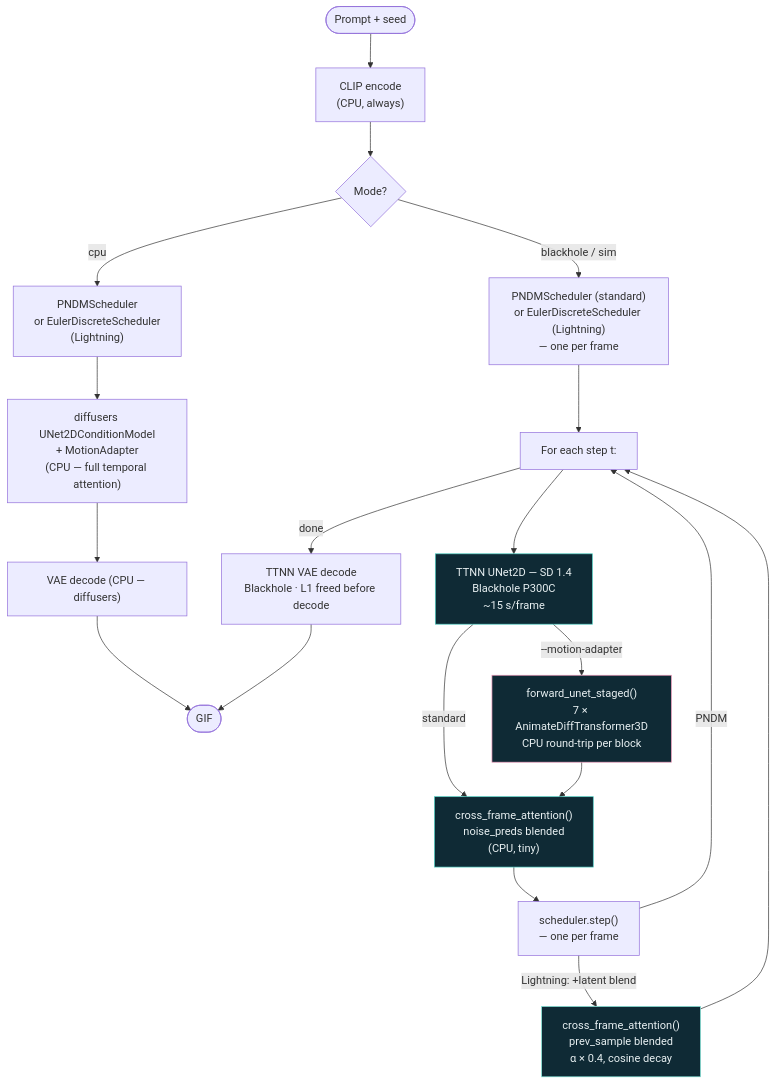
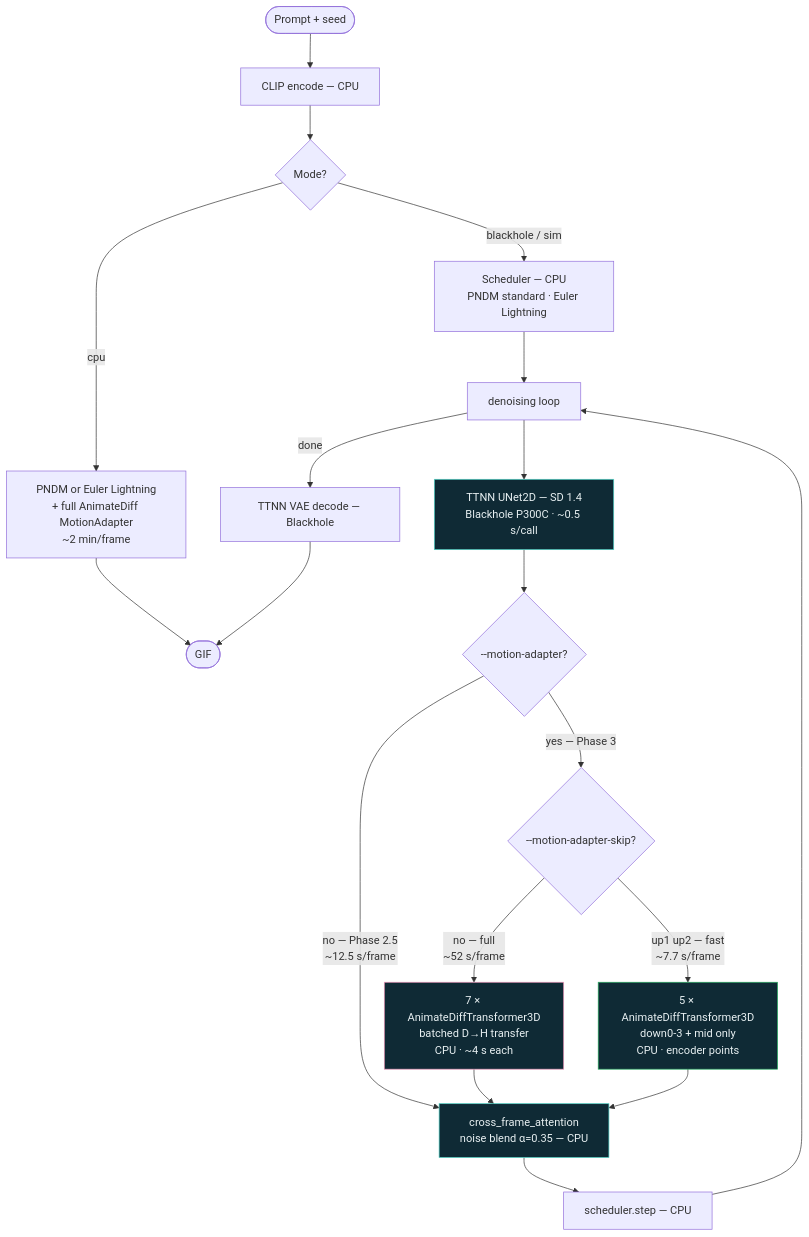
Before and after one commit to tenstorrent/tt-animatediff: the first of 2 diagrams in README.md, drawn with Mermaid. The commit also changed other lines of this file, not shown here.

First line of the commit message:
docs(readme): v0.9.0 — Phase 3 optimisations, skip flag, updated timings

````diff
--- a/README.md
+++ b/README.md
@@ -335,28 +353,31 @@
 ```mermaid
 flowchart TD
-    P([Prompt + seed]) --> ENC["CLIP encode\n(CPU, always)"]
+    P([Prompt + seed]) --> ENC["CLIP encode — CPU"]
     ENC --> MODE{Mode?}
 
-    MODE -->|cpu| CPU_SCHED["PNDMScheduler\nor EulerDiscreteScheduler\n(Lightning)"]
-    CPU_SCHED --> CPU_UNET["diffusers UNet2DConditionModel\n+ MotionAdapter\n(CPU — full temporal attention)"]
-    CPU_UNET --> CPU_VAE["VAE decode (CPU — diffusers)"]
-    CPU_VAE --> GIF([GIF])
+    MODE -->|cpu| CPU_SCHED["PNDM or Euler Lightning\n+ full AnimateDiff MotionAdapter\n~2 min/frame"]
+    CPU_SCHED --> GIF([GIF])
 
-    MODE -->|blackhole / sim| BH_SCHED["PNDMScheduler (standard)\nor EulerDiscreteScheduler (Lightning)\n— one per frame"]
-    BH_SCHED --> LOOP["For each step t:"]
-    LOOP --> BH_UNET["TTNN UNet2D — SD 1.4\nBlackhole P300C\n~15 s/frame"]
-    BH_UNET -->|--motion-adapter| MA["forward_unet_staged()\n7 × AnimateDiffTransformer3D\nCPU round-trip per block"]
-    BH_UNET -->|standard| CFA
-    MA --> CFA["cross_frame_attention()\nnoise_preds blended\n(CPU, tiny)"]
-    CFA --> STEP["scheduler.step()\n— one per frame"]
-    STEP -->|Lightning: +latent blend| LAT["cross_frame_attention()\nprev_sample blended\nα × 0.4, cosine decay"]
-    LAT --> LOOP
-    STEP -->|PNDM| LOOP
-    LOOP -->|done| BH_VAE["TTNN VAE decode\nBlackhole · L1 freed before decode"]
+    MODE -->|blackhole / sim| SCHED["Scheduler — CPU\nPNDM standard · Euler Lightning"]
+    SCHED --> LOOP["denoising loop"]
+    LOOP --> BH_UNET["TTNN UNet2D — SD 1.4\nBlackhole P300C · ~0.5 s/call"]
+    BH_UNET --> PHASE{"--motion-adapter?"}
+
+    PHASE -->|no — Phase 2.5\n~12.5 s/frame| CFA["cross_frame_attention\nnoise blend α=0.35 — CPU"]
+    PHASE -->|yes — Phase 3| SKIP{"--motion-adapter-skip?"}
+
+    SKIP -->|no — full\n~52 s/frame| MA_FULL["7 × AnimateDiffTransformer3D\nbatched D→H transfer\nCPU · ~4 s each"]
+    SKIP -->|up1 up2 — fast\n~7.7 s/frame| MA_SKIP["5 × AnimateDiffTransformer3D\ndown0-3 + mid only\nCPU · encoder points"]
+
+    MA_FULL --> CFA
+    MA_SKIP --> CFA
+    CFA --> STEP["scheduler.step — CPU"]
+    STEP --> LOOP
+    LOOP -->|done| BH_VAE["TTNN VAE decode — Blackhole"]
     BH_VAE --> GIF
 
     style BH_UNET fill:#0f2a35,stroke:#4fd1c5,color:#e8f0f2
-    style MA fill:#0f2a35,stroke:#ec96b8,color:#e8f0f2
+    style MA_FULL fill:#0f2a35,stroke:#ec96b8,color:#e8f0f2
+    style MA_SKIP fill:#0f2a35,stroke:#27ae60,color:#e8f0f2
     style CFA fill:#0f2a35,stroke:#4fd1c5,color:#e8f0f2
-    style LAT fill:#0f2a35,stroke:#81e6d9,color:#e8f0f2
 ```
````
